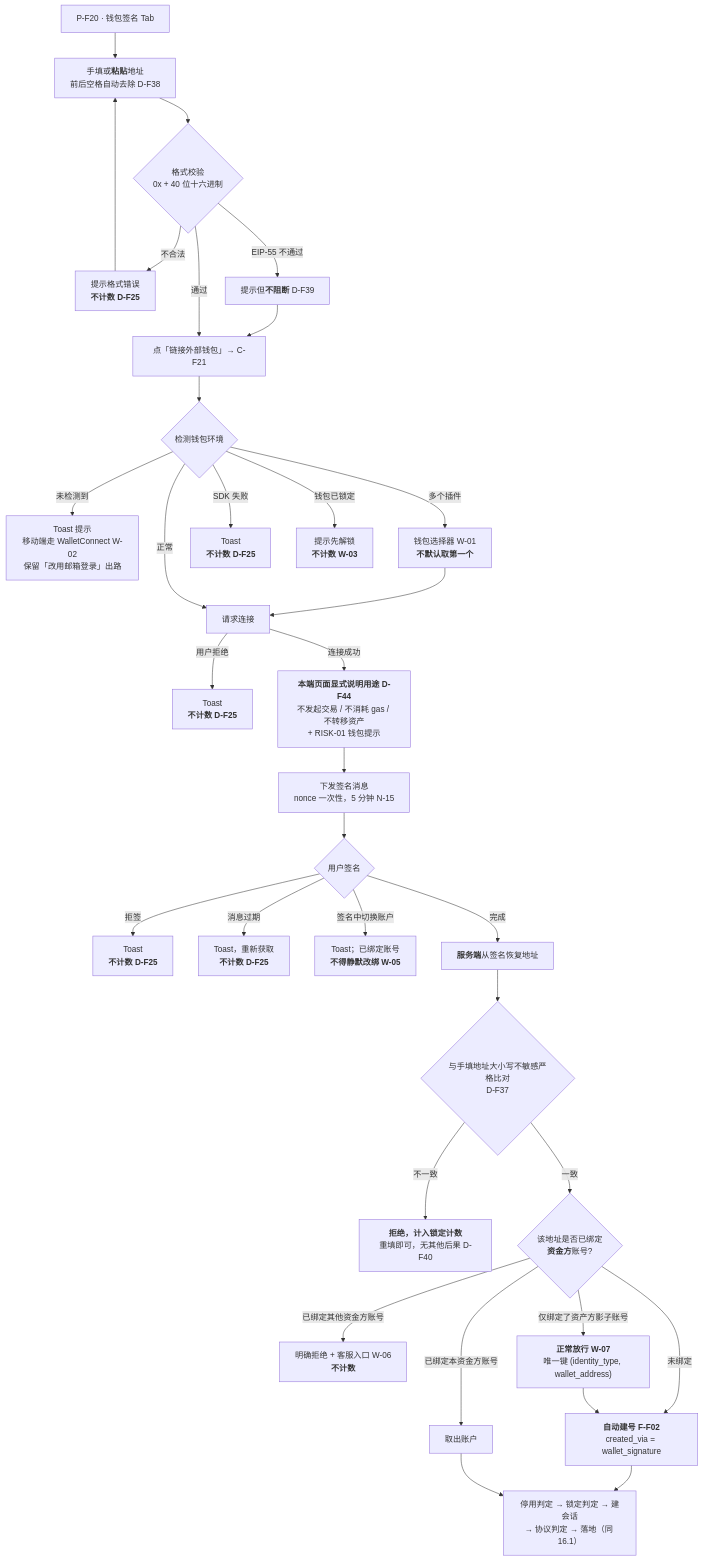
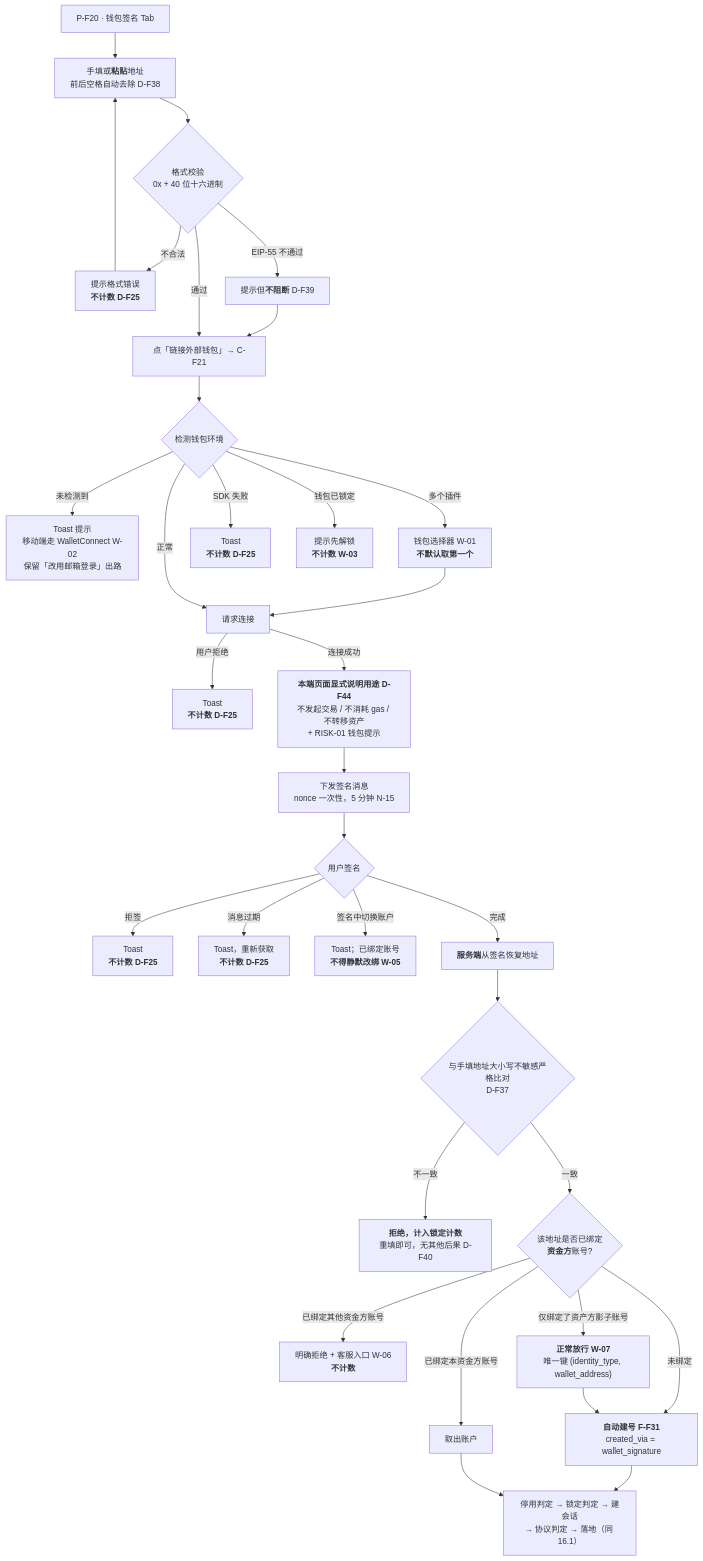
Before and after one commit to wxblockchain/Chain-Financing: the second of 5 diagrams in financial-service-platform/prd/v1.0-金融服务端登录/资金方登录-03-钱包、安全与流程.md, drawn with Mermaid. The commit also changed other lines of this file and 14 other files, not shown here.

````diff
--- a/financial-service-platform/prd/v1.0-金融服务端登录/资金方登录-03-钱包、安全与流程.md
+++ b/financial-service-platform/prd/v1.0-金融服务端登录/资金方登录-03-钱包、安全与流程.md
@@ -187,32 +187,32 @@
 ```mermaid
 flowchart TD
     A["P-F20 · 钱包签名 Tab"] --> B["手填或<b>粘贴</b>地址<br/>前后空格自动去除 D-F38"]
     B --> C{"格式校验<br/>0x + 40 位十六进制"}
     C -->|不合法| C1["提示格式错误<br/><b>不计数 D-F25</b>"] --> B
     C -->|EIP-55 不通过| C2["提示但<b>不阻断</b> D-F39"] --> D
     C -->|通过| D["点「链接外部钱包」→ C-F21"]
     D --> E{"检测钱包环境"}
     E -->|未检测到| E1["Toast 提示<br/>移动端走 WalletConnect W-02<br/>保留「改用邮箱登录」出路"]
     E -->|多个插件| E2["钱包选择器 W-01<br/><b>不默认取第一个</b>"] --> F
     E -->|SDK 失败| E3["Toast<br/><b>不计数 D-F25</b>"]
     E -->|钱包已锁定| E4["提示先解锁<br/><b>不计数 W-03</b>"]
     E -->|正常| F["请求连接"]
     F -->|用户拒绝| F1["Toast<br/><b>不计数 D-F25</b>"]
     F -->|连接成功| G["<b>本端页面显式说明用途 D-F44</b><br/>不发起交易 / 不消耗 gas / 不转移资产<br/>+ RISK-01 钱包提示"]
     G --> H["下发签名消息<br/>nonce 一次性，5 分钟 N-15"]
     H --> I{"用户签名"}
     I -->|拒签| I1["Toast<br/><b>不计数 D-F25</b>"]
     I -->|消息过期| I2["Toast，重新获取<br/><b>不计数 D-F25</b>"]
     I -->|签名中切换账户| I3["Toast；已绑定账号<br/><b>不得静默改绑 W-05</b>"]
     I -->|完成| J["<b>服务端</b>从签名恢复地址"]
     J --> K{"与手填地址大小写不敏感严格比对<br/>D-F37"}
     K -->|不一致| K1["<b>拒绝，计入锁定计数</b><br/>重填即可，无其他后果 D-F40"]
     K -->|一致| L{"该地址是否已绑定<br/><b>资金方</b>账号?"}
     L -->|已绑定其他资金方账号| L1["明确拒绝 + 客服入口 W-06<br/><b>不计数</b>"]
     L -->|仅绑定了资产方影子账号| L2["<b>正常放行 W-07</b><br/>唯一键 (identity_type, wallet_address)"]
-    L -->|未绑定| M["<b>自动建号 F-F02</b><br/>created_via = wallet_signature"]
+    L -->|未绑定| M["<b>自动建号 F-F31</b><br/>created_via = wallet_signature"]
     L -->|已绑定本资金方账号| N["取出账户"]
     L2 --> M
     M --> O
     N --> O["停用判定 → 锁定判定 → 建会话<br/>→ 协议判定 → 落地（同 16.1）"]
 ```
````
